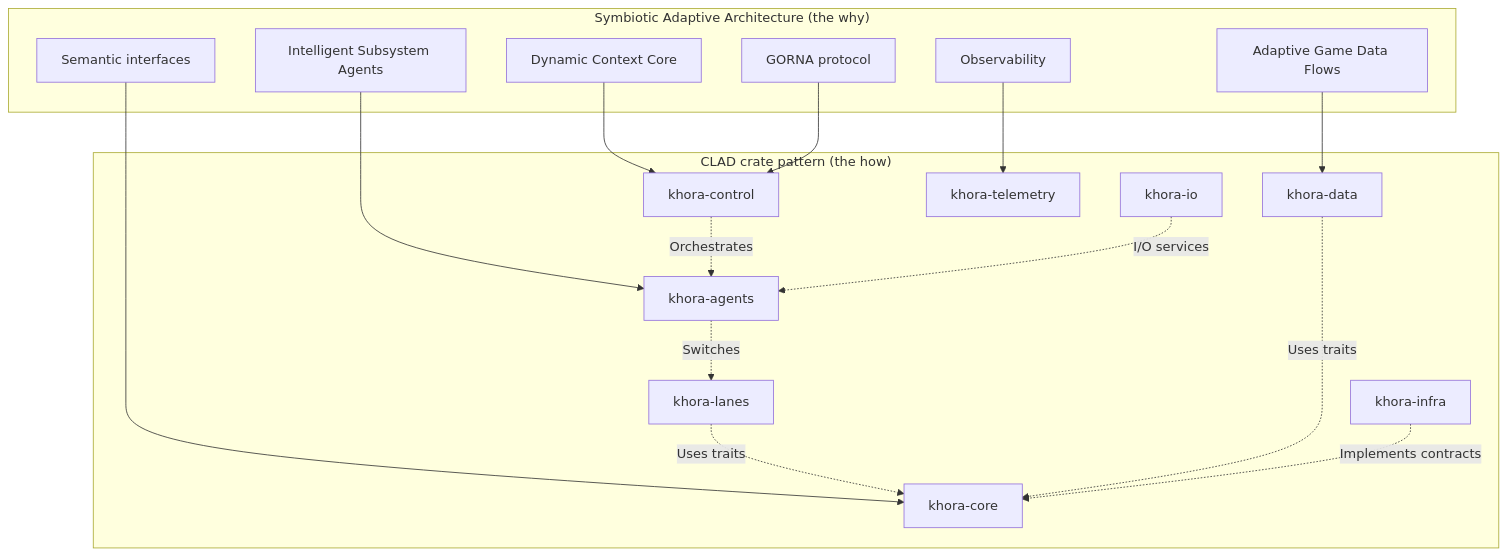
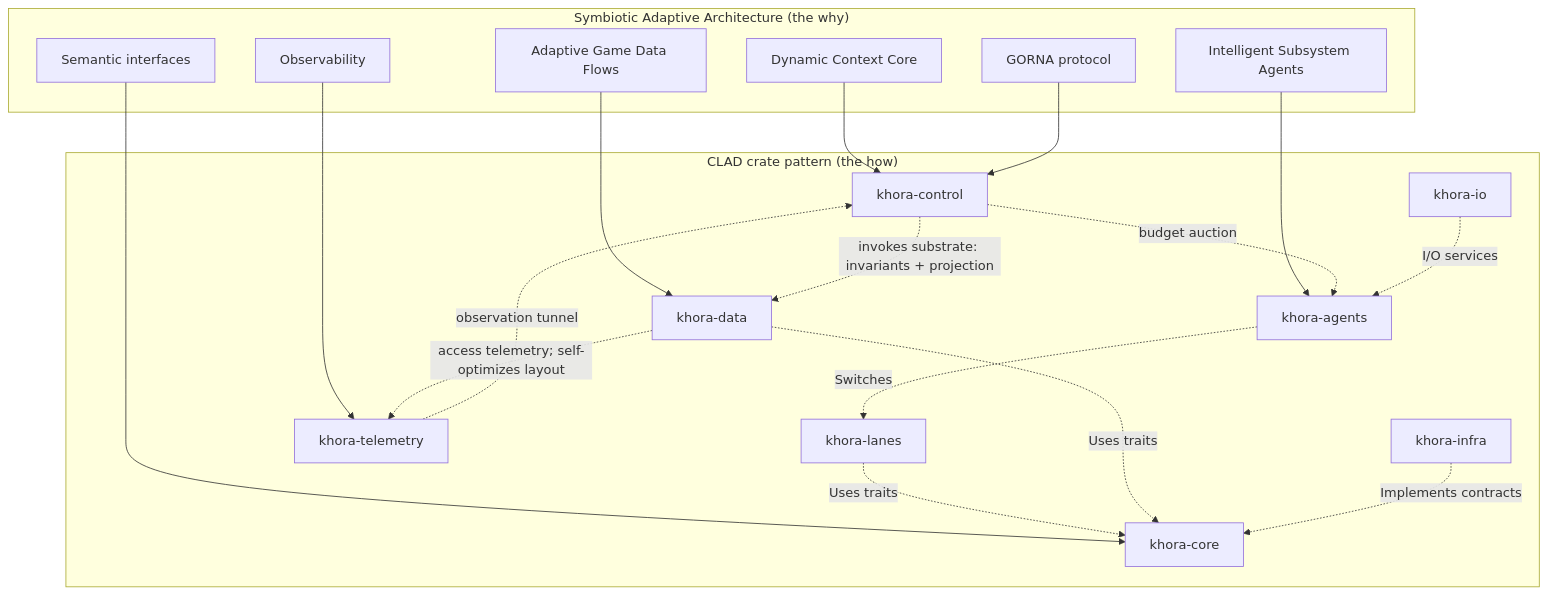
Before and after one commit to eraflo/KhoraEngine: the first of 2 diagrams in docs/src/02_architecture.md, drawn with Mermaid. The commit also changed other lines of this file and 32 other files, not shown here.

````diff
--- a/docs/src/02_architecture.md
+++ b/docs/src/02_architecture.md
@@ -37,33 +37,36 @@
 ```mermaid
 graph TD
     subgraph SAA["Symbiotic Adaptive Architecture (the why)"]
         DCC[Dynamic Context Core]
         ISA[Intelligent Subsystem Agents]
         GORNA[GORNA protocol]
         AGDF[Adaptive Game Data Flows]
         Contracts[Semantic interfaces]
         Obs[Observability]
     end
     subgraph CLAD["CLAD crate pattern (the how)"]
         Control[khora-control]
         Agents[khora-agents]
         Lanes[khora-lanes]
         Data[khora-data]
         Core[khora-core]
         IO[khora-io]
         Tele[khora-telemetry]
         Infra[khora-infra]
     end
     DCC --> Control
     GORNA --> Control
     ISA --> Agents
     AGDF --> Data
     Contracts --> Core
     Obs --> Tele
-    Control -.->|Orchestrates| Agents
+    Control -.->|budget auction| Agents
     Agents -.->|Switches| Lanes
+    Control -.->|invokes substrate: invariants + projection| Data
+    Data -.->|access telemetry; self-optimizes layout| Tele
+    Tele -.->|observation tunnel| Control
     Lanes -.->|Uses traits| Core
     Data -.->|Uses traits| Core
     IO -.->|I/O services| Agents
     Infra -.->|Implements contracts| Core
 ```
````
